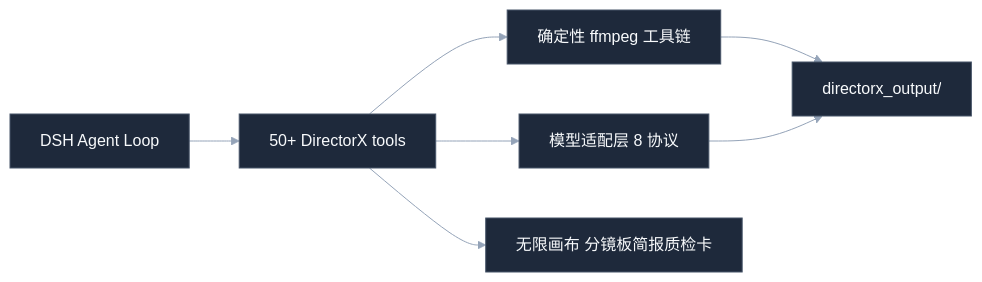
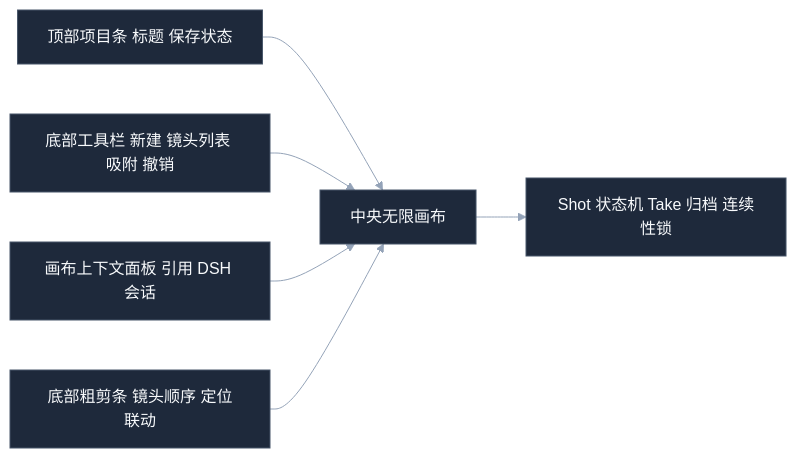
The second of 2 diagrams in README.md (LaplaceYoung/dsh-directorx), drawn with Mermaid before and after one commit. The commit also changed other lines of this file, not shown here.

First line of the commit message:
docs(readme): table-free witty rewrite with verified mermaid

````diff
--- a/README.md
+++ b/README.md
@@ -118,10 +61,9 @@
 ```mermaid
 %%{init: {"theme": "base", "themeVariables": {"primaryColor": "#1e293b", "primaryTextColor": "#f8fafc", "primaryBorderColor": "#475569", "lineColor": "#94a3b8", "fontFamily": "system-ui, sans-serif"}}}%%
 flowchart LR
-  LOOP["DSH Agent Loop"] --> TOOLS["50+ DirectorX tools"]
-  TOOLS --> FF["确定性 ffmpeg 工具链"]
-  TOOLS --> GEN["模型适配层 8 协议"]
-  TOOLS --> CANVAS["无限画布 分镜板简报质检卡"]
-  FF --> OUT["directorx_output/"]
-  GEN --> OUT
+  TOP["顶部项目条 标题 保存状态"] --> CANVAS["中央无限画布"]
+  LEFT["底部工具栏 新建 镜头列表 吸附 撤销"] --> CANVAS
+  RIGHT["画布上下文面板 引用 DSH 会话"] --> CANVAS
+  BOTTOM["底部粗剪条 镜头顺序 定位联动"] --> CANVAS
+  CANVAS --> SHOT["Shot 状态机 Take 归档 连续性锁"]
 ```
````
